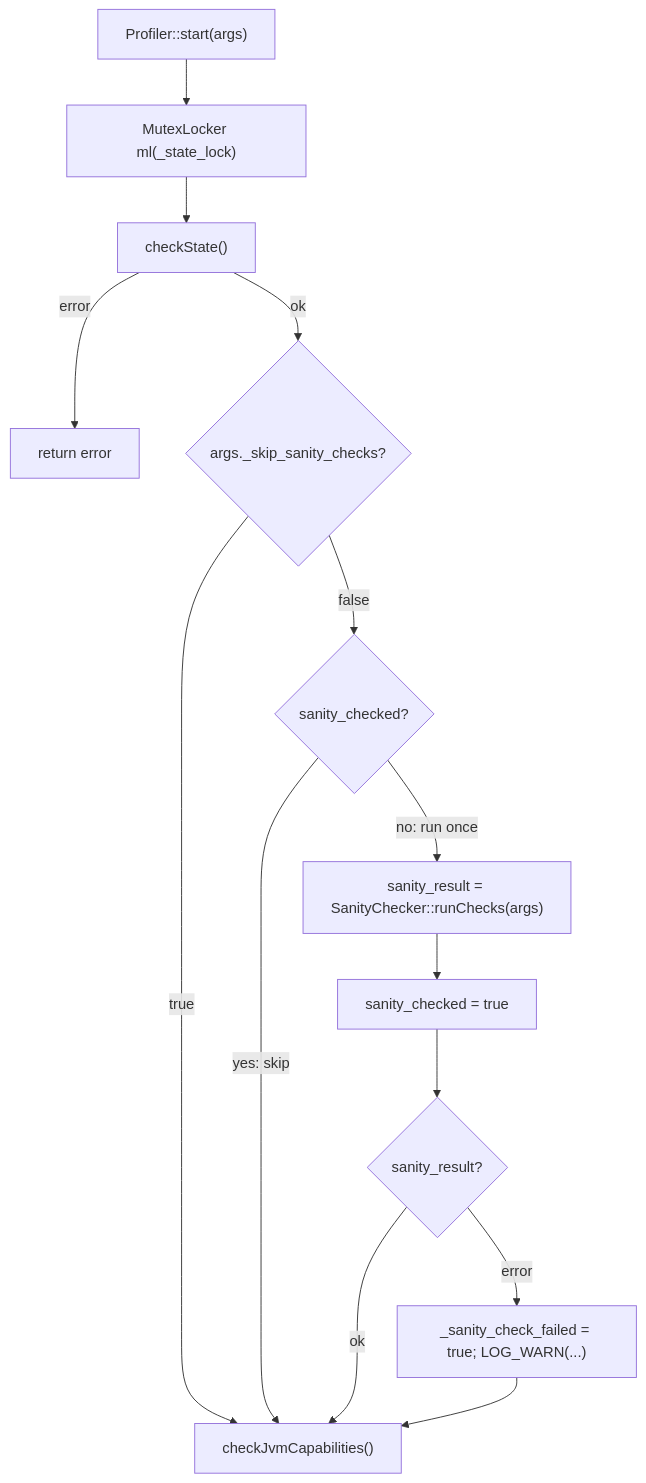
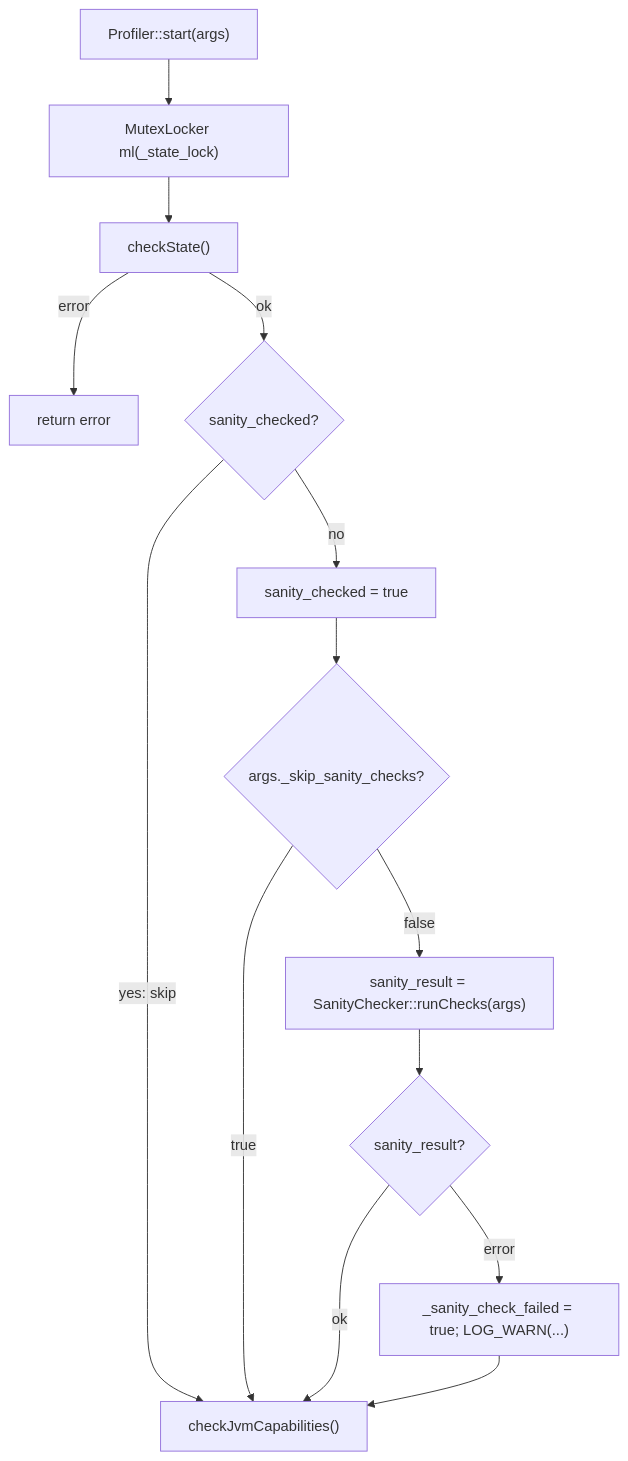
One commit to DataDog/java-profiler changed the diagram in doc/architecture/SanityChecks.md. Above: the diagram before and after it, drawn with Mermaid. The commit also changed other lines of this file and 16 other files, not shown here.

````diff
--- a/doc/architecture/SanityChecks.md
+++ b/doc/architecture/SanityChecks.md
@@ -15,16 +15,16 @@
 ```mermaid
 flowchart TD
     start["Profiler::start(args)"] --> lock["MutexLocker ml(_state_lock)"]
     lock --> checkState["checkState()"]
     checkState -->|error| ret1["return error"]
-    checkState -->|ok| skip{"args._skip_sanity_checks?"}
-    skip -->|true| cap["checkJvmCapabilities()"]
-    skip -->|false| cached{"sanity_checked?"}
-    cached -->|"no: run once"| run["sanity_result = SanityChecker::runChecks(args)"]
-    run --> setflag["sanity_checked = true"]
-    setflag --> gate{"sanity_result?"}
-    cached -->|"yes: skip"| cap
+    checkState -->|ok| cached{"sanity_checked?"}
+    cached -->|"yes: skip"| cap["checkJvmCapabilities()"]
+    cached -->|"no"| setflag["sanity_checked = true"]
+    setflag --> skip{"args._skip_sanity_checks?"}
+    skip -->|true| cap
+    skip -->|false| run["sanity_result = SanityChecker::runChecks(args)"]
+    run --> gate{"sanity_result?"}
     gate -->|error| record["_sanity_check_failed = true; LOG_WARN(...)"]
     gate -->|ok| cap
     record --> cap
 ```
````
